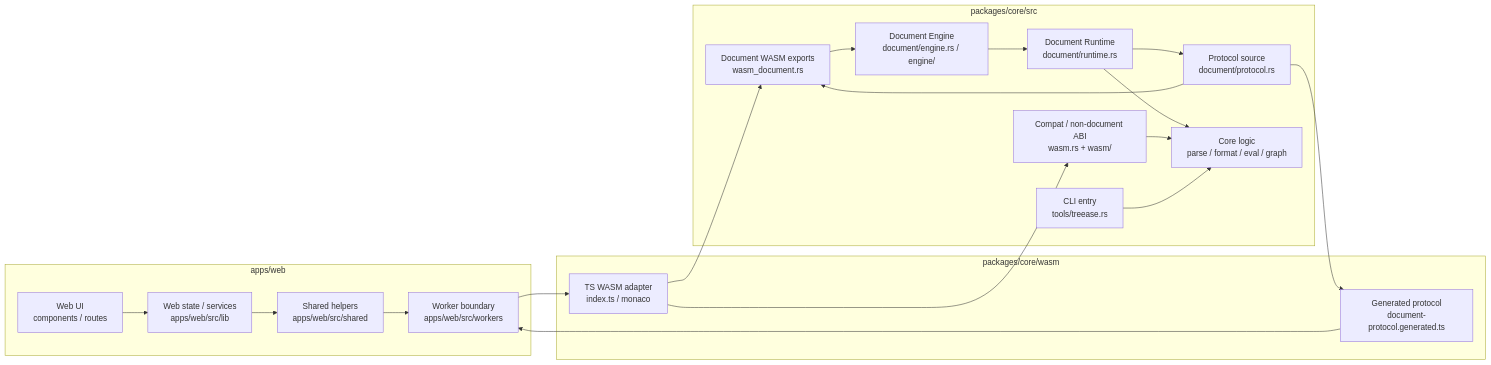
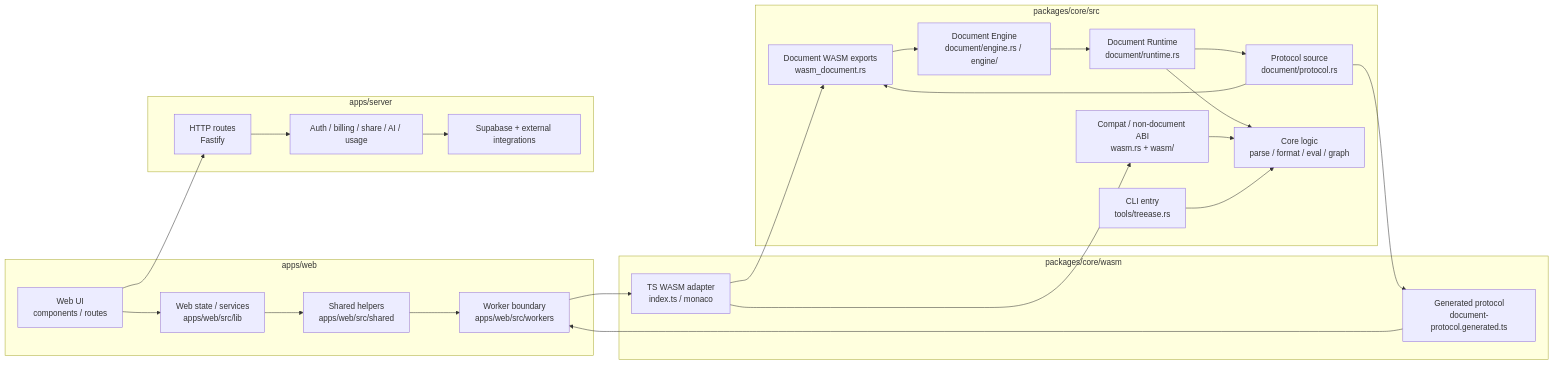
One commit to loggerhead/treease changed the first of 2 diagrams in ARCHITECTURE.md. Above: the diagram before and after it, drawn with Mermaid. The commit also changed other lines of this file and 9 other files, not shown here.

````diff
--- a/ARCHITECTURE.md
+++ b/ARCHITECTURE.md
@@ -24,35 +24,43 @@
 ```mermaid
 flowchart LR
   subgraph Web["apps/web"]
     WebUI["Web UI\ncomponents / routes"]
     WebState["Web state / services\napps/web/src/lib"]
     Shared["Shared helpers\napps/web/src/shared"]
     Worker["Worker boundary\napps/web/src/workers"]
+  end
+
+  subgraph Server["apps/server"]
+    Http["HTTP routes\nFastify"]
+    ServerServices["Auth / billing / share / AI / usage"]
+    ServerRepos["Supabase + external integrations"]
   end
 
   subgraph Wasm["packages/core/wasm"]
     WasmTS["TS WASM adapter\nindex.ts / monaco"]
     Generated["Generated protocol\ndocument-protocol.generated.ts"]
   end
 
   subgraph Core["packages/core/src"]
     WasmDoc["Document WASM exports\nwasm_document.rs"]
     WasmCompat["Compat / non-document ABI\nwasm.rs + wasm/"]
     Protocol["Protocol source\ndocument/protocol.rs"]
     DocEngine["Document Engine\ndocument/engine.rs / engine/"]
     DocRuntime["Document Runtime\ndocument/runtime.rs"]
     CoreLogic["Core logic\nparse / format / eval / graph"]
     CLI["CLI entry\ntools/treease.rs"]
   end
 
   WebUI --> WebState
   WebState --> Shared
   Shared --> Worker
+  WebUI --> Http
+  Http --> ServerServices --> ServerRepos
   Worker --> WasmTS --> WasmDoc --> DocEngine --> DocRuntime --> CoreLogic
   WasmTS --> WasmCompat --> CoreLogic
   CLI --> CoreLogic
 
   Protocol --> Generated --> Worker
   Protocol --> WasmDoc
   DocRuntime --> Protocol
 ```
````
